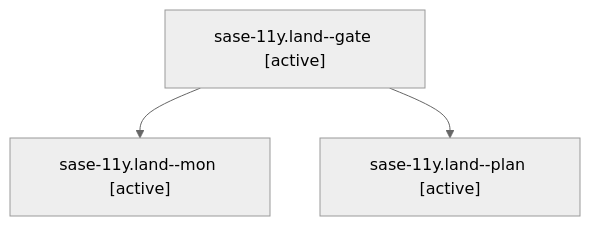
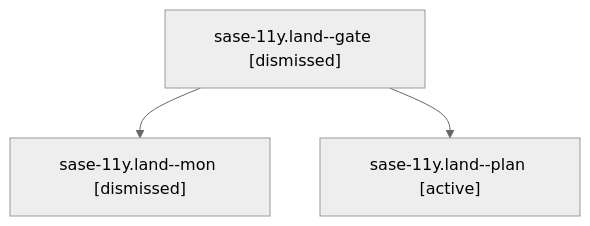
Before and after one commit to sase-org/sase--agents: the diagram in sessions/bbugyi200.athena.sase-11y.land.md, drawn with Mermaid (neutral theme). The commit also changed other lines of this file and 252 other files, not shown here.

````diff
--- a/sessions/bbugyi200.athena.sase-11y.land.md
+++ b/sessions/bbugyi200.athena.sase-11y.land.md
@@ -9,8 +9,8 @@
 ```mermaid
 flowchart TD
-  n0["sase-11y.land--gate [active]"]
-  n1["sase-11y.land--mon [active]"]
+  n0["sase-11y.land--gate [dismissed]"]
+  n1["sase-11y.land--mon [dismissed]"]
   n0 --> n1
   n2["sase-11y.land--plan [active]"]
   n0 --> n2
 ```
````
